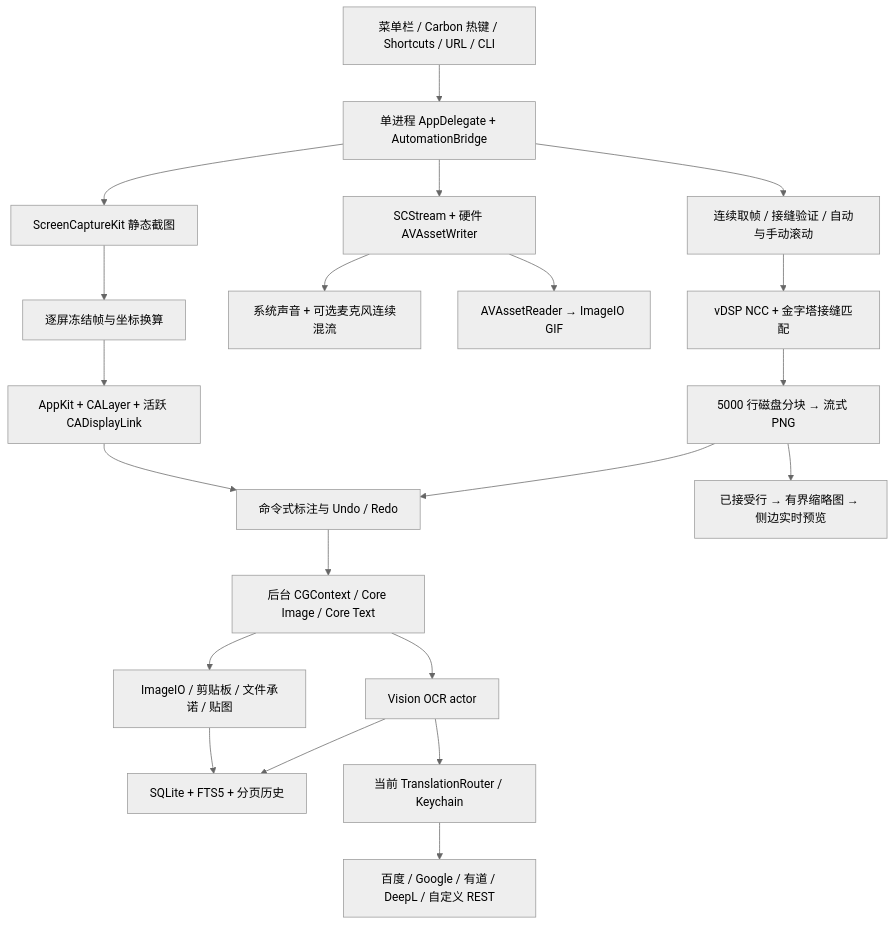
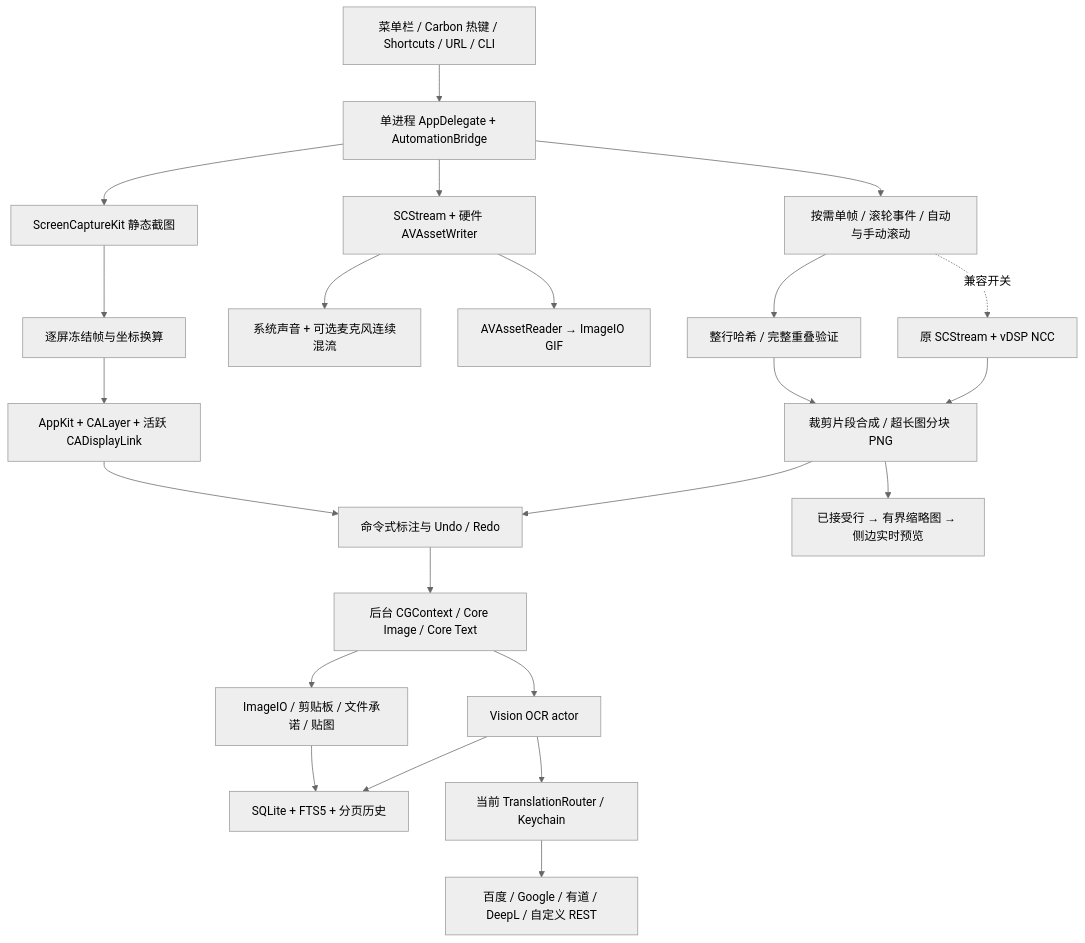
Before and after one commit to baogutang/niko-shot: the diagram in README.md, drawn with Mermaid (neutral theme). The commit also changed other lines of this file and 23 other files, not shown here.

````diff
--- a/README.md
+++ b/README.md
@@ -214,23 +214,25 @@
 ```mermaid
 flowchart TD
     Entry[菜单栏 / Carbon 热键 / Shortcuts / URL / CLI] --> App[单进程 AppDelegate + AutomationBridge]
     App --> Capture[ScreenCaptureKit 静态截图]
     Capture --> Frozen[逐屏冻结帧与坐标换算]
     Frozen --> Selection[AppKit + CALayer + 活跃 CADisplayLink]
     Selection --> Document[命令式标注与 Undo / Redo]
     Document --> Render[后台 CGContext / Core Image / Core Text]
     Render --> Output[ImageIO / 剪贴板 / 文件承诺 / 贴图]
     Output --> History[SQLite + FTS5 + 分页历史]
     Render --> OCR[Vision OCR actor]
     OCR --> History
     OCR --> Router[当前 TranslationRouter / Keychain]
     Router --> REST[百度 / Google / 有道 / DeepL / 自定义 REST]
     App --> Video[SCStream + 硬件 AVAssetWriter]
     Video --> Audio[系统声音 + 可选麦克风连续混流]
     Video --> GIF[AVAssetReader → ImageIO GIF]
-    App --> Scroll[连续取帧 / 接缝验证 / 自动与手动滚动]
-    Scroll --> NCC[vDSP NCC + 金字塔接缝匹配]
-    NCC --> Chunks[5000 行磁盘分块 → 流式 PNG]
+    App --> Scroll[按需单帧 / 滚轮事件 / 自动与手动滚动]
+    Scroll --> Rows[整行哈希 / 完整重叠验证]
+    Rows --> Chunks[裁剪片段合成 / 超长图分块 PNG]
+    Scroll -. 兼容开关 .-> NCC[原 SCStream + vDSP NCC]
+    NCC --> Chunks
     Chunks --> Preview[已接受行 → 有界缩略图 → 侧边实时预览]
     Chunks --> Document
 ```
````
